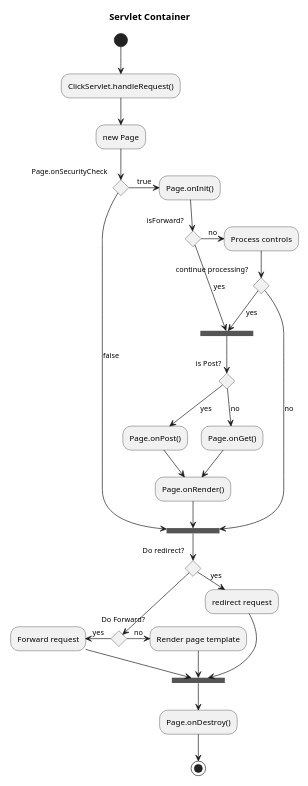
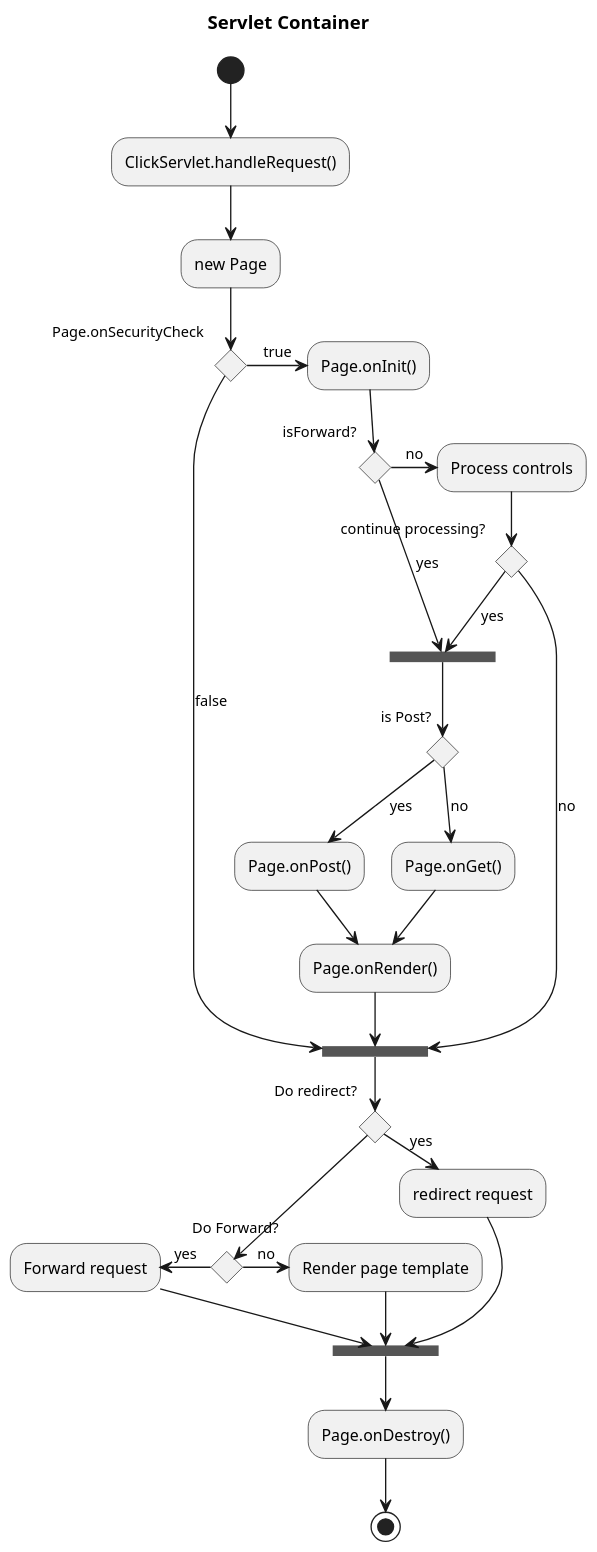
One commit to K4zuki/pandoc_misc changed the second of 2 diagrams in markdown/TITLE.md. Above: the diagram before and after it, drawn with PlantUML. The commit also changed other lines of this file, not shown here.

````diff
--- a/markdown/TITLE.md
+++ b/markdown/TITLE.md
@@ -427,45 +440,48 @@
 ```{.plantuml im_out="fcb,img" caption="Created by plantuml"}
 @startuml
-scale 600*800
+skinparam monochrome true
+skinparam defaultFontName Ricty Diminished
+
+scale 1200*1600
 title Servlet Container
 (*) --> "ClickServlet.handleRequest()"
 --> "new Page"
 if "Page.onSecurityCheck" then
 ->[true] "Page.onInit()"
 if "isForward?" then
 ->[no] "Process controls"
 if "continue processing?" then
 -->[yes] ===RENDERING===
 else
 -->[no] ===REDIRECT_CHECK===
 endif
 else
 -->[yes] ===RENDERING===
 endif
 if "is Post?" then
 -->[yes] "Page.onPost()"
 --> "Page.onRender()" as render
 --> ===REDIRECT_CHECK===
 else
 -->[no] "Page.onGet()"
 --> render
 endif
 else
 -->[false] ===REDIRECT_CHECK===
 endif
 if "Do redirect?" then
 ->[yes] "redirect request"
 --> ==BEFORE_DESTROY===
 else
 if "Do Forward?" then
 -left->[yes] "Forward request"
 --> ==BEFORE_DESTROY===
 else
 -right->[no] "Render page template"
 --> ==BEFORE_DESTROY===
 endif
 endif
 --> "Page.onDestroy()"
 -->(*)
 @enduml
 ```
````
